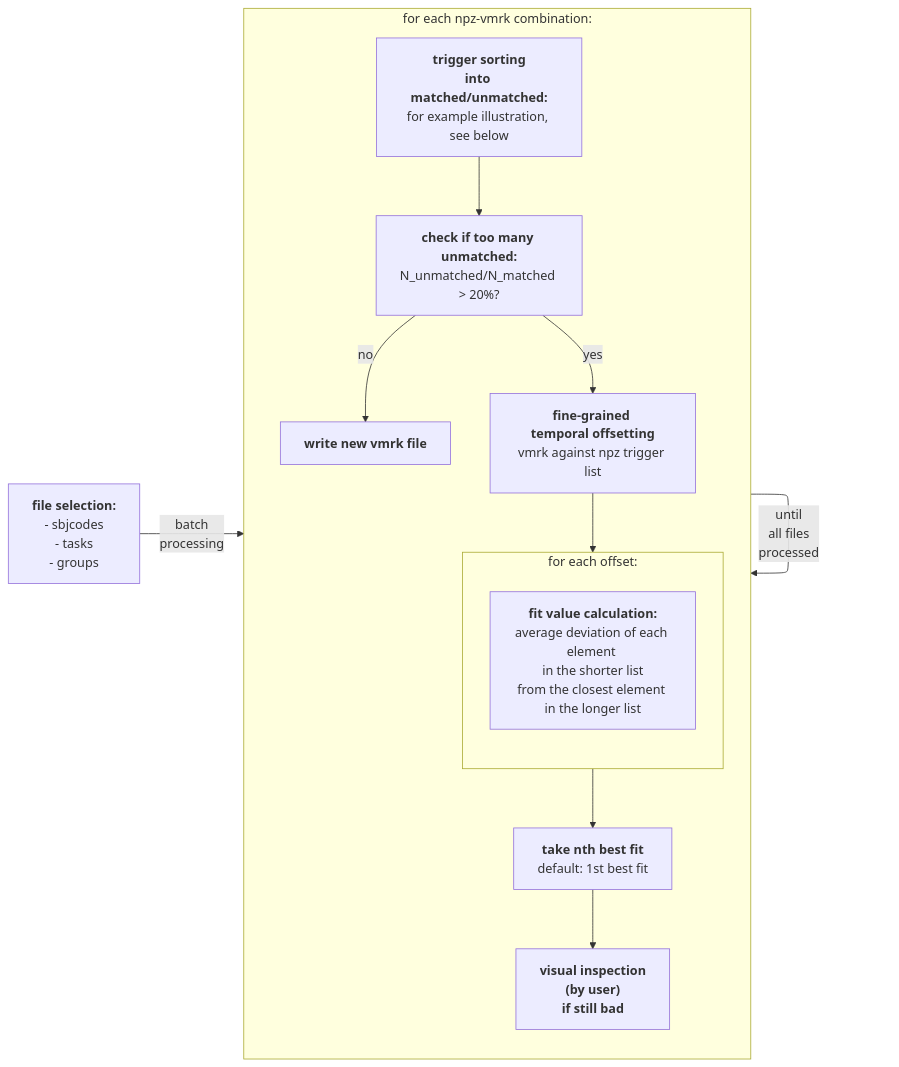
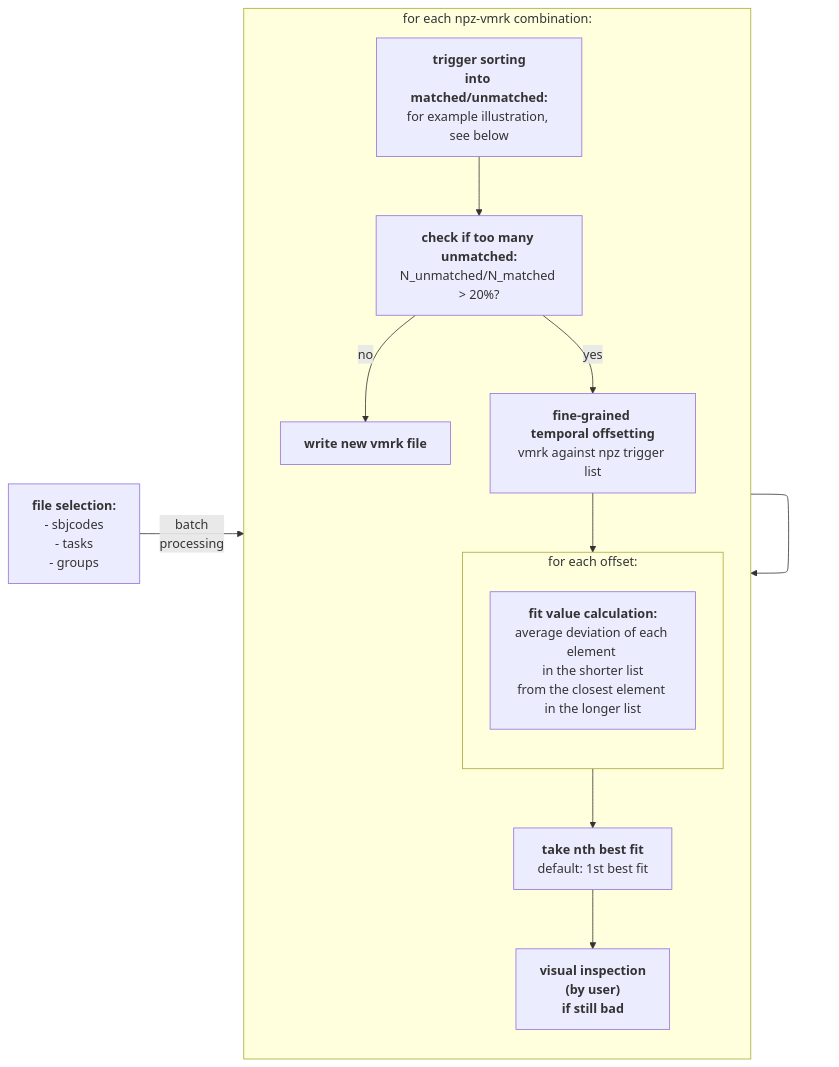
One commit to neuro-dream/Trigger-Fix changed the diagram in README.md. Above: the diagram before and after it, drawn with Mermaid.

````diff
--- a/README.md
+++ b/README.md
@@ -6,37 +6,37 @@
 ```mermaid
 
 %% (function: <a href='https://github.com/neurodream/Trigger-Fix/blob/main/trigfix/trigger_compare_functions.py#L92'>apply_fix</a>)
 
 graph LR;
     A["<b>file selection:</b><br>- sbjcodes<br> - tasks<br> - groups"]
     B["<b>trigger sorting<br>into matched/unmatched:</b><br>for example illustration, see below"]
     C["<b>check if too many unmatched:</b><br>N_unmatched/N_matched > 20%?"]
     D["<b>fine-grained <br>temporal offsetting</b><br>vmrk against npz trigger list"]
     E["<b>fit value calculation:</b><br>average deviation of each element <br> in the shorter list <br>from the closest element <br>in the longer list"]
     F["<b>take nth best fit</b><br>default: 1st best fit"]
     G["<b>write new vmrk file</b>"]
     H["<b>visual inspection <br>(by user) <br>if still bad</b>"]
 
 subgraph for_each_file_comb["for each npz-vmrk combination:"]
     direction TB
     B-->C;
     C-->|no|G;
     C-->|yes|D;
     subgraph for_each_offset["for each offset:"]
         direction TB
         E
     end
     D-->for_each_offset;
     for_each_offset-->F;
     F-->H;
 end
 
 
 
     A--"batch <br>processing"-->for_each_file_comb;
-    for_each_file_comb -- "until<br>all files<br>processed" --> for_each_file_comb;
+    for_each_file_comb --> for_each_file_comb;
     
     %% A-->C;
     %% B-->D;
     %% C-->D;
 ```
````
